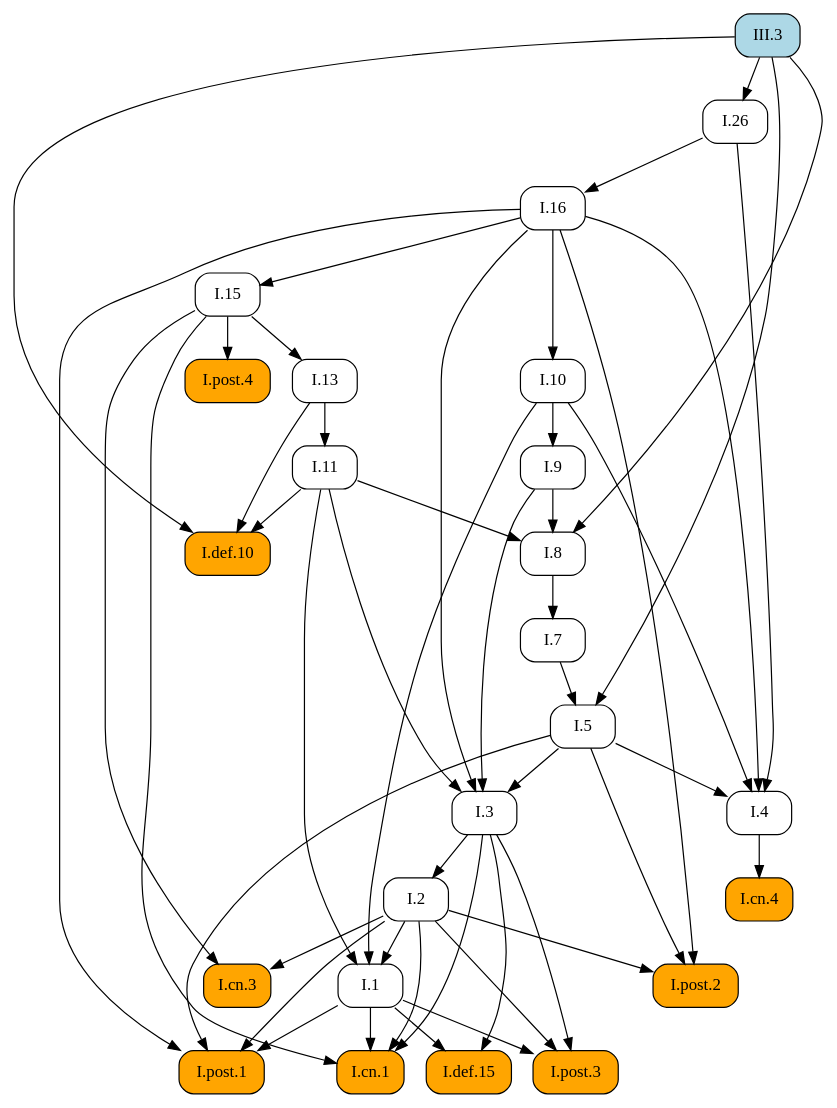
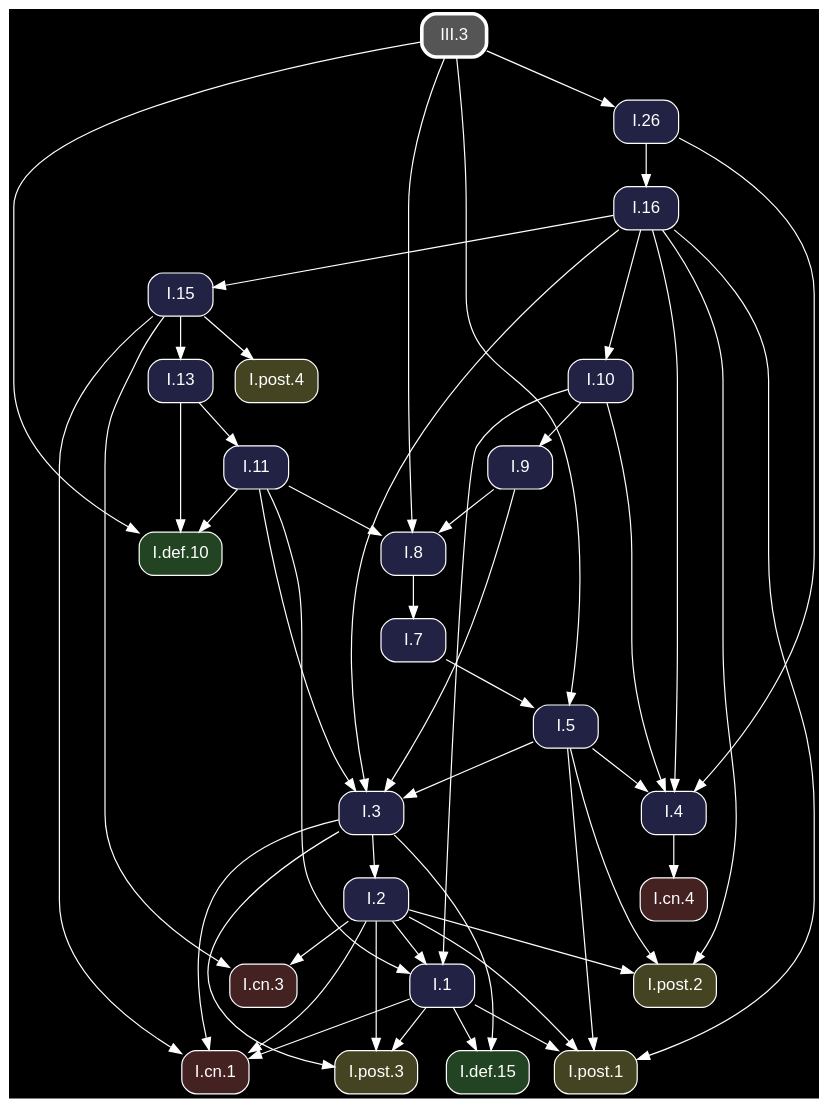
Before and after one commit to geometor/elements: the diagram in docsrc/heath/III/3/index.rst, drawn with Graphviz. The commit also changed other lines of this file and 1200 other files, not shown here.

Commit message:
update dependency graphs

```diff
--- a/docsrc/heath/III/3/index.rst
+++ b/docsrc/heath/III/3/index.rst
@@ -79,78 +79,80 @@
 .. graphviz::
 
    digraph {
+     bgcolor="black";
+     node [shape=box, style="rounded,filled", fontname="Helvetica", color="white", fontcolor="white"];
+     edge [color="white", fontcolor="white"];
      rankdir="TB";
-     node [shape=box, style=rounded];
-     "I.9" [URL="/heath/I/9/", target="_top"];
-     "I.cn.1" [style="rounded,filled", fillcolor=orange, URL="/heath/I/cn.1/", target="_top"];
-     "I.7" [URL="/heath/I/7/", target="_top"];
-     "I.2" [URL="/heath/I/2/", target="_top"];
-     "I.def.15" [style="rounded,filled", fillcolor=orange, URL="/heath/I/def.15/", target="_top"];
-     "I.13" [URL="/heath/I/13/", target="_top"];
-     "I.post.4" [style="rounded,filled", fillcolor=orange, URL="/heath/I/post.4/", target="_top"];
-     "I.4" [URL="/heath/I/4/", target="_top"];
-     "I.1" [URL="/heath/I/1/", target="_top"];
-     "I.post.3" [style="rounded,filled", fillcolor=orange, URL="/heath/I/post.3/", target="_top"];
-     "I.post.1" [style="rounded,filled", fillcolor=orange, URL="/heath/I/post.1/", target="_top"];
-     "I.5" [URL="/heath/I/5/", target="_top"];
-     "I.8" [URL="/heath/I/8/", target="_top"];
-     "III.3" [style="rounded,filled", fillcolor=lightblue, URL="/heath/III/3/", target="_top"];
-     "I.cn.3" [style="rounded,filled", fillcolor=orange, URL="/heath/I/cn.3/", target="_top"];
-     "I.16" [URL="/heath/I/16/", target="_top"];
-     "I.def.10" [style="rounded,filled", fillcolor=orange, URL="/heath/I/def.10/", target="_top"];
-     "I.15" [URL="/heath/I/15/", target="_top"];
-     "I.10" [URL="/heath/I/10/", target="_top"];
-     "I.11" [URL="/heath/I/11/", target="_top"];
-     "I.cn.4" [style="rounded,filled", fillcolor=orange, URL="/heath/I/cn.4/", target="_top"];
-     "I.post.2" [style="rounded,filled", fillcolor=orange, URL="/heath/I/post.2/", target="_top"];
-     "I.26" [URL="/heath/I/26/", target="_top"];
-     "I.3" [URL="/heath/I/3/", target="_top"];
-     "I.10" -> "I.9";
+     "I.3" [fillcolor="#222244", URL="/heath/I/3/", target="_top"];
+     "I.post.1" [fillcolor="#444422", URL="/heath/I/post.1/", target="_top"];
+     "I.cn.1" [fillcolor="#442222", URL="/heath/I/cn.1/", target="_top"];
+     "I.def.10" [fillcolor="#224422", URL="/heath/I/def.10/", target="_top"];
+     "I.15" [fillcolor="#222244", URL="/heath/I/15/", target="_top"];
+     "I.11" [fillcolor="#222244", URL="/heath/I/11/", target="_top"];
+     "I.16" [fillcolor="#222244", URL="/heath/I/16/", target="_top"];
+     "I.cn.3" [fillcolor="#442222", URL="/heath/I/cn.3/", target="_top"];
+     "I.13" [fillcolor="#222244", URL="/heath/I/13/", target="_top"];
+     "I.2" [fillcolor="#222244", URL="/heath/I/2/", target="_top"];
+     "I.post.2" [fillcolor="#444422", URL="/heath/I/post.2/", target="_top"];
+     "I.cn.4" [fillcolor="#442222", URL="/heath/I/cn.4/", target="_top"];
+     "I.9" [fillcolor="#222244", URL="/heath/I/9/", target="_top"];
+     "I.1" [fillcolor="#222244", URL="/heath/I/1/", target="_top"];
+     "III.3" [penwidth=3, color="white", fillcolor="#555555", URL="/heath/III/3/", target="_top"];
+     "I.post.4" [fillcolor="#444422", URL="/heath/I/post.4/", target="_top"];
+     "I.26" [fillcolor="#222244", URL="/heath/I/26/", target="_top"];
+     "I.8" [fillcolor="#222244", URL="/heath/I/8/", target="_top"];
+     "I.4" [fillcolor="#222244", URL="/heath/I/4/", target="_top"];
+     "I.post.3" [fillcolor="#444422", URL="/heath/I/post.3/", target="_top"];
+     "I.7" [fillcolor="#222244", URL="/heath/I/7/", target="_top"];
+     "I.def.15" [fillcolor="#224422", URL="/heath/I/def.15/", target="_top"];
+     "I.5" [fillcolor="#222244", URL="/heath/I/5/", target="_top"];
+     "I.10" [fillcolor="#222244", URL="/heath/I/10/", target="_top"];
+     "I.5" -> "I.3";
+     "I.9" -> "I.3";
+     "I.11" -> "I.3";
+     "I.16" -> "I.3";
+     "I.1" -> "I.post.1";
+     "I.2" -> "I.post.1";
+     "I.5" -> "I.post.1";
+     "I.16" -> "I.post.1";
      "I.1" -> "I.cn.1";
      "I.2" -> "I.cn.1";
      "I.3" -> "I.cn.1";
      "I.15" -> "I.cn.1";
-     "I.8" -> "I.7";
+     "I.11" -> "I.def.10";
+     "I.13" -> "I.def.10";
+     "III.3" -> "I.def.10";
+     "I.16" -> "I.15";
+     "I.13" -> "I.11";
+     "I.26" -> "I.16";
+     "I.2" -> "I.cn.3";
+     "I.15" -> "I.cn.3";
+     "I.15" -> "I.13";
      "I.3" -> "I.2";
-     "I.1" -> "I.def.15";
-     "I.3" -> "I.def.15";
-     "I.15" -> "I.13";
+     "I.2" -> "I.post.2";
+     "I.5" -> "I.post.2";
+     "I.16" -> "I.post.2";
+     "I.4" -> "I.cn.4";
+     "I.10" -> "I.9";
+     "I.2" -> "I.1";
+     "I.10" -> "I.1";
+     "I.11" -> "I.1";
      "I.15" -> "I.post.4";
+     "III.3" -> "I.26";
+     "I.9" -> "I.8";
+     "I.11" -> "I.8";
+     "III.3" -> "I.8";
      "I.5" -> "I.4";
      "I.10" -> "I.4";
      "I.16" -> "I.4";
      "I.26" -> "I.4";
-     "I.2" -> "I.1";
-     "I.10" -> "I.1";
-     "I.11" -> "I.1";
      "I.1" -> "I.post.3";
      "I.2" -> "I.post.3";
      "I.3" -> "I.post.3";
-     "I.1" -> "I.post.1";
-     "I.2" -> "I.post.1";
-     "I.5" -> "I.post.1";
-     "I.16" -> "I.post.1";
+     "I.8" -> "I.7";
+     "I.1" -> "I.def.15";
+     "I.3" -> "I.def.15";
      "I.7" -> "I.5";
      "III.3" -> "I.5";
-     "I.9" -> "I.8";
-     "I.11" -> "I.8";
-     "III.3" -> "I.8";
-     "I.2" -> "I.cn.3";
-     "I.15" -> "I.cn.3";
-     "I.26" -> "I.16";
-     "I.11" -> "I.def.10";
-     "I.13" -> "I.def.10";
-     "III.3" -> "I.def.10";
-     "I.16" -> "I.15";
      "I.16" -> "I.10";
-     "I.13" -> "I.11";
-     "I.4" -> "I.cn.4";
-     "I.2" -> "I.post.2";
-     "I.5" -> "I.post.2";
-     "I.16" -> "I.post.2";
-     "III.3" -> "I.26";
-     "I.5" -> "I.3";
-     "I.9" -> "I.3";
-     "I.11" -> "I.3";
-     "I.16" -> "I.3";
    }
```
